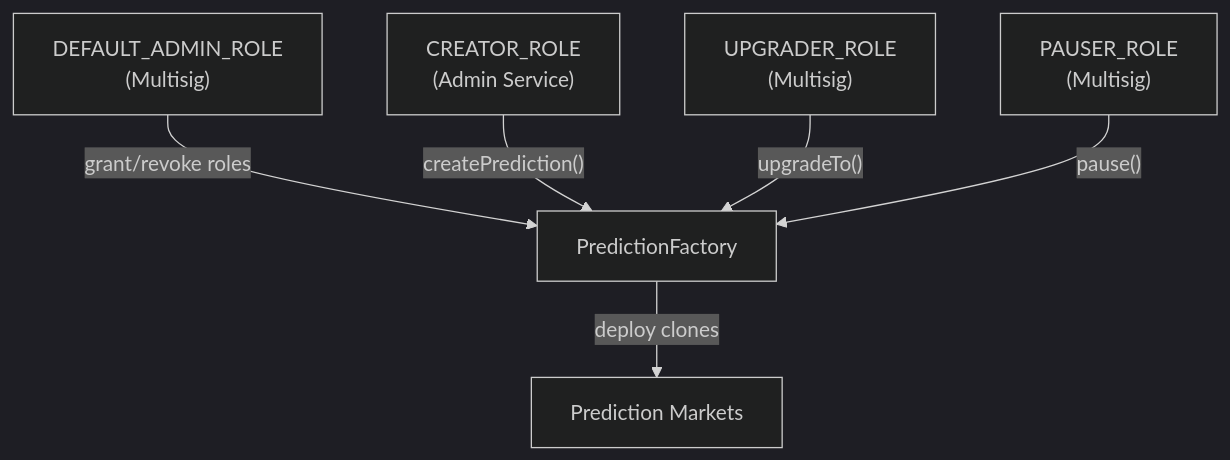
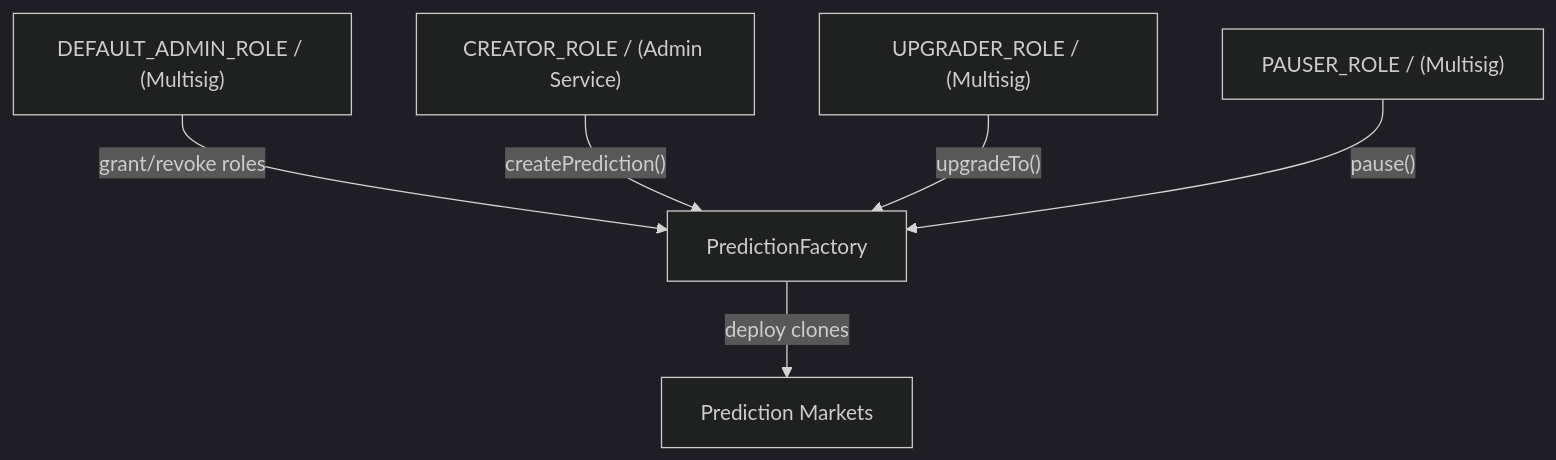
The first of 2 diagrams in platform/security/security-model.mdx (promethex2026/app-docs), drawn with Mermaid (dark theme) before and after one commit. The commit also changed other lines of this file and 10 other files, not shown here.

First line of the commit message:
fix: remove deleted pages from nav, escape $ signs, clean Mermaid br tags

````diff
--- a/platform/security/security-model.mdx
+++ b/platform/security/security-model.mdx
@@ -23,16 +23,16 @@
 ```mermaid
 graph TD
-  ADMIN["DEFAULT_ADMIN_ROLE<br/>(Multisig)"]
-  CREATOR["CREATOR_ROLE<br/>(Admin Service)"]
-  UPGRADER["UPGRADER_ROLE<br/>(Multisig)"]
-  PAUSER["PAUSER_ROLE<br/>(Multisig)"]
+ ADMIN["DEFAULT_ADMIN_ROLE / (Multisig)"]
+ CREATOR["CREATOR_ROLE / (Admin Service)"]
+ UPGRADER["UPGRADER_ROLE / (Multisig)"]
+ PAUSER["PAUSER_ROLE / (Multisig)"]
 
   FACTORY["PredictionFactory"]
   MARKETS["Prediction Markets"]
 
   ADMIN -->|"grant/revoke roles"| FACTORY
   CREATOR -->|"createPrediction()"| FACTORY
   UPGRADER -->|"upgradeTo()"| FACTORY
   PAUSER -->|"pause()"| FACTORY
   FACTORY -->|"deploy clones"| MARKETS
 ```
````
